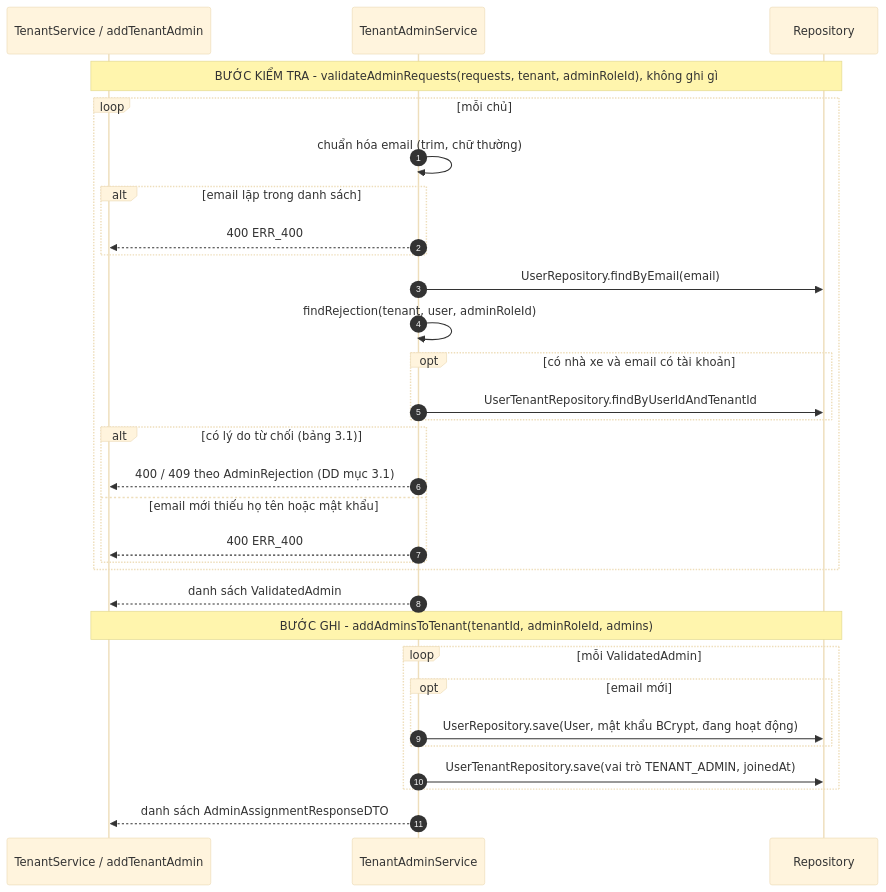
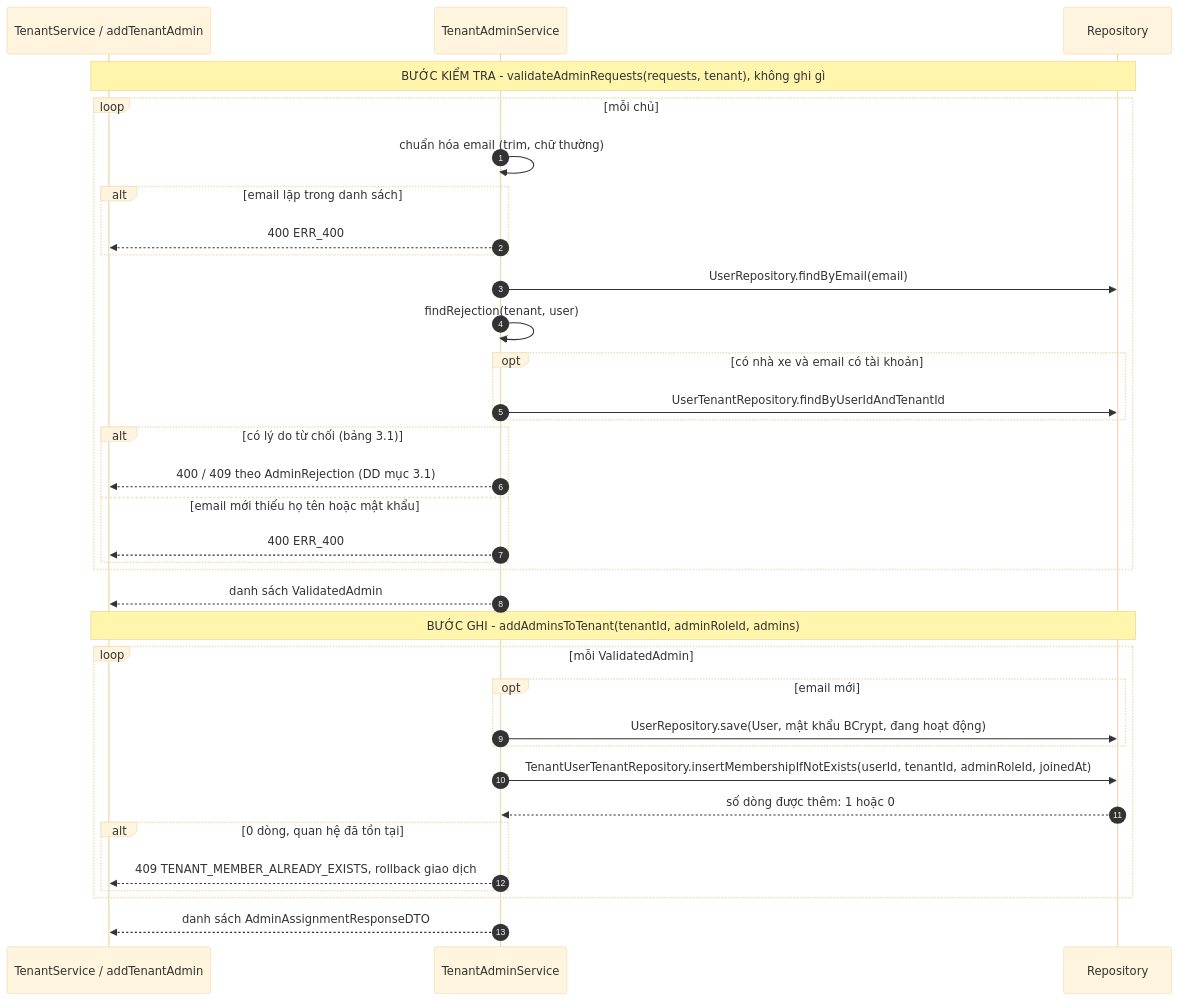
Before and after one commit to foodboi88/car-rental-saas: the second of 11 diagrams in docs/plans/tenant/2026-10-19-tenant-api-spec.md, drawn with Mermaid (base theme). The commit also changed other lines of this file and 28 other files, not shown here.

````diff
--- a/docs/plans/tenant/2026-10-19-tenant-api-spec.md
+++ b/docs/plans/tenant/2026-10-19-tenant-api-spec.md
@@ -93,33 +93,37 @@
 ```mermaid
 sequenceDiagram
   autonumber
   participant G as TenantService / addTenantAdmin
   participant A as TenantAdminService
   participant R as Repository
-  Note over G,R: BƯỚC KIỂM TRA - validateAdminRequests(requests, tenant, adminRoleId), không ghi gì
+  Note over G,R: BƯỚC KIỂM TRA - validateAdminRequests(requests, tenant), không ghi gì
   loop mỗi chủ
     A->>A: chuẩn hóa email (trim, chữ thường)
     alt email lặp trong danh sách
       A-->>G: 400 ERR_400
     end
     A->>R: UserRepository.findByEmail(email)
-    A->>A: findRejection(tenant, user, adminRoleId)
+    A->>A: findRejection(tenant, user)
     opt có nhà xe và email có tài khoản
       A->>R: UserTenantRepository.findByUserIdAndTenantId
     end
     alt có lý do từ chối (bảng 3.1)
     A-->>G: 400 / 409 theo AdminRejection (DD mục 3.1)
     else email mới thiếu họ tên hoặc mật khẩu
       A-->>G: 400 ERR_400
     end
   end
   A-->>G: danh sách ValidatedAdmin
   Note over G,R: BƯỚC GHI - addAdminsToTenant(tenantId, adminRoleId, admins)
   loop mỗi ValidatedAdmin
     opt email mới
       A->>R: UserRepository.save(User, mật khẩu BCrypt, đang hoạt động)
     end
-    A->>R: UserTenantRepository.save(vai trò TENANT_ADMIN, joinedAt)
+    A->>R: TenantUserTenantRepository.insertMembershipIfNotExists(userId, tenantId, adminRoleId, joinedAt)
+    R-->>A: số dòng được thêm: 1 hoặc 0
+    alt 0 dòng, quan hệ đã tồn tại
+      A-->>G: 409 TENANT_MEMBER_ALREADY_EXISTS, rollback giao dịch
+    end
   end
   A-->>G: danh sách AdminAssignmentResponseDTO
 ```
````
